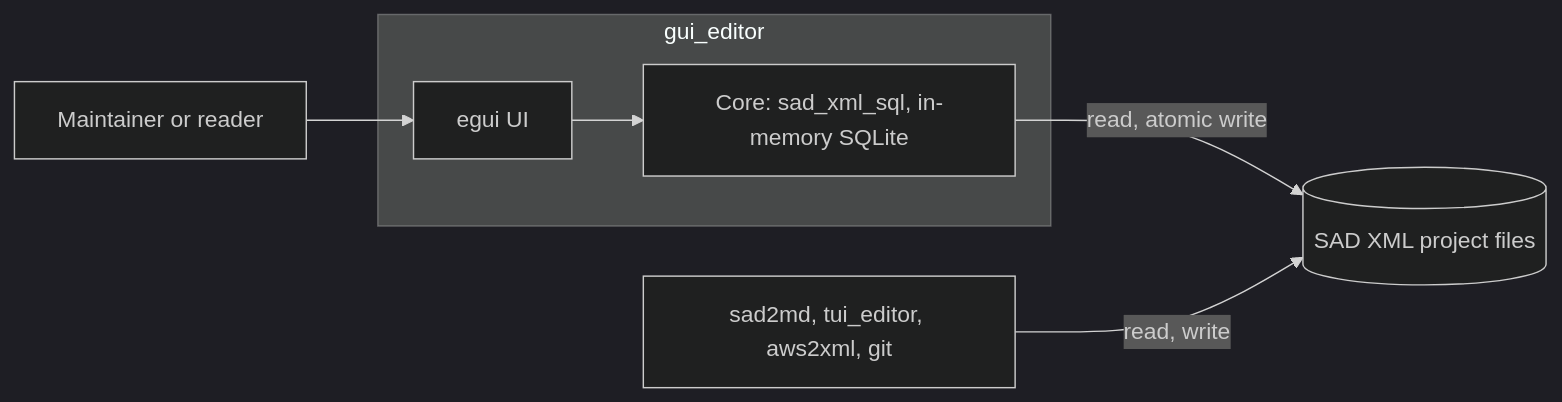
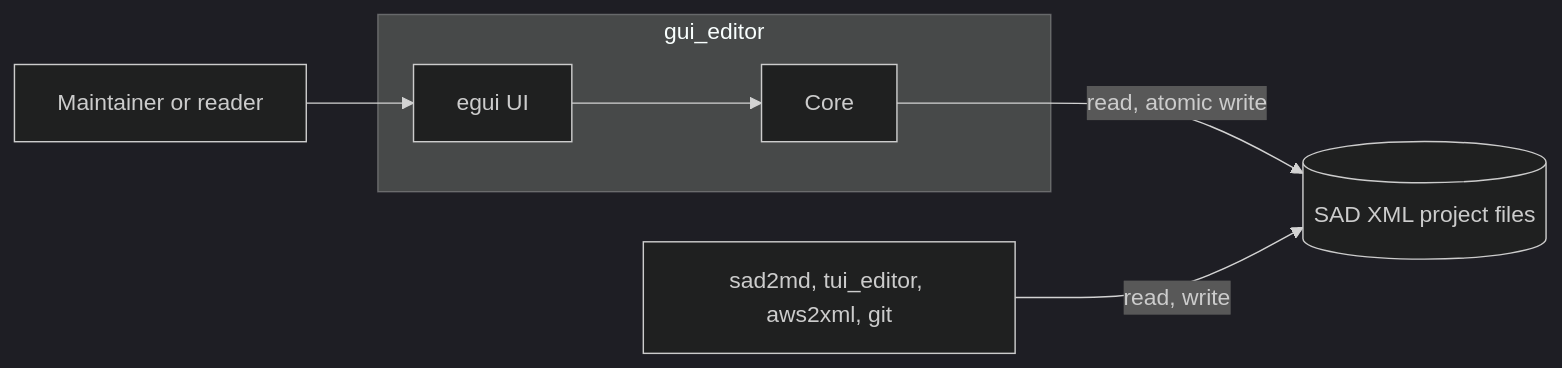
Before and after one commit to hpepper/idea-to-product: the diagram in gui_editor/docs/REQUIREMENTS.md, drawn with Mermaid (dark theme). The commit also changed other lines of this file and 19 other files, not shown here.

Commit message:
Five hours+ and the llm still can't figure out how to define the subagents so they work

````diff
--- a/gui_editor/docs/REQUIREMENTS.md
+++ b/gui_editor/docs/REQUIREMENTS.md
@@ -157,14 +161,14 @@
 ```mermaid
 flowchart LR
   user[Maintainer or reader]
   tools[sad2md, tui_editor, aws2xml, git]
   files[(SAD XML project files)]
   subgraph gui_editor
     ui[egui UI]
-    core[Core: sad_xml_sql, in-memory SQLite]
+    core[Core]
   end
   user --> ui
   ui --> core
   core -->|read, atomic write| files
   tools -->|read, write| files
 ```
````
